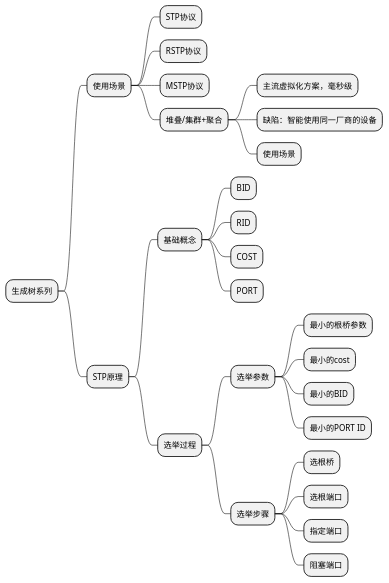
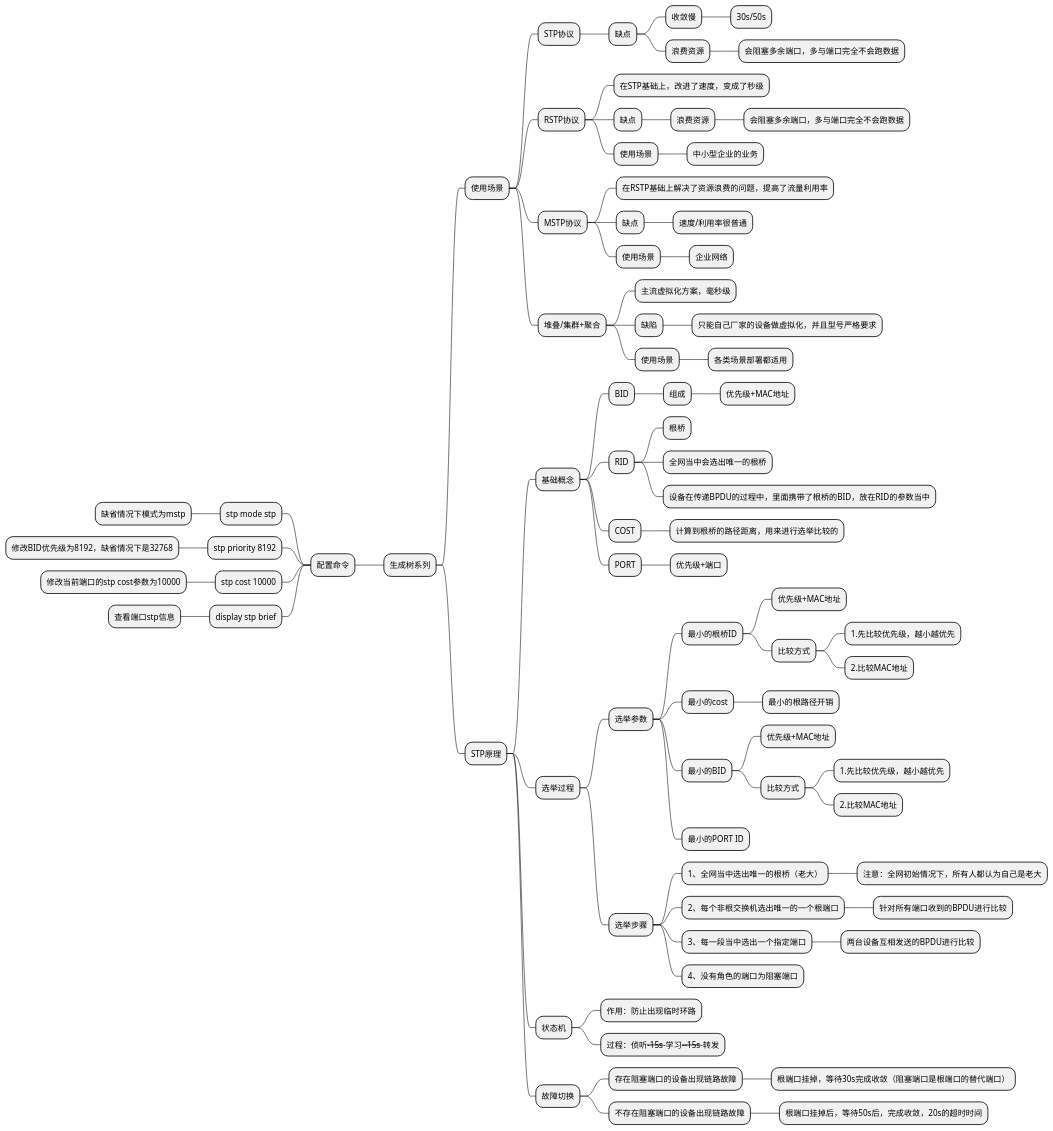
The diagram in markdown/markdown/网络/HCIP.md (wohtnaw/wohtnawmarkdown), drawn with PlantUML before and after one commit. The commit also changed other lines of this file, not shown here.

Commit message:
提交

````diff
--- a/markdown/markdown/网络/HCIP.md
+++ b/markdown/markdown/网络/HCIP.md
@@ -17,37 +5,128 @@
 @startmindmap
 
 right side
+
 + 生成树系列
 
 ++ 使用场景
 +++ STP协议
+
+++++ 缺点
++++++ 收敛慢
+++++++ 30s/50s
+
++++++ 浪费资源
+++++++ 会阻塞多余端口，多与端口完全不会跑数据
+
+
 +++ RSTP协议
+
+++++ 在STP基础上，改进了速度，变成了秒级
+
+++++ 缺点
++++++ 浪费资源
+++++++ 会阻塞多余端口，多与端口完全不会跑数据
+
+++++ 使用场景
++++++ 中小型企业的业务
+
+
 +++ MSTP协议
+
+++++ 在RSTP基础上解决了资源浪费的问题，提高了流量利用率
+
+++++ 缺点
++++++ 速度/利用率很普通
+
+++++ 使用场景
++++++ 企业网络
+
 +++ 堆叠/集群+聚合
 ++++ 主流虚拟化方案，毫秒级
-++++ 缺陷：智能使用同一厂商的设备
+
+++++ 缺陷
++++++ 只能自己厂家的设备做虚拟化，并且型号严格要求
+
+
 ++++ 使用场景
++++++ 各类场景部署都适用
+
 
 ++ STP原理
 +++ 基础概念
+
 ++++ BID
++++++ 组成
+++++++ 优先级+MAC地址
+
 ++++ RID
++++++ 根桥
++++++ 全网当中会选出唯一的根桥
++++++ 设备在传递BPDU的过程中，里面携带了根桥的BID，放在RID的参数当中
+
 ++++ COST
++++++ 计算到根桥的路径距离，用来进行选举比较的
+
+
 ++++ PORT
++++++ 优先级+端口
 
 +++ 选举过程
 ++++ 选举参数
-+++++ 最小的根桥参数
++++++ 最小的根桥ID
+++++++ 优先级+MAC地址
+++++++ 比较方式
++++++++ 1.先比较优先级，越小越优先
++++++++ 2.比较MAC地址
+
 +++++ 最小的cost
+++++++ 最小的根路径开销
+
 +++++ 最小的BID
+++++++ 优先级+MAC地址
+++++++ 比较方式
++++++++ 1.先比较优先级，越小越优先
++++++++ 2.比较MAC地址
+
 +++++ 最小的PORT ID
 
 ++++ 选举步骤
-+++++ 选根桥
-+++++ 选根端口
-+++++ 指定端口
-+++++ 阻塞端口
++++++ 1、全网当中选出唯一的根桥（老大）
+++++++ 注意：全网初始情况下，所有人都认为自己是老大
+
++++++ 2、每个非根交换机选出唯一的一个根端口
+++++++ 针对所有端口收到的BPDU进行比较
+
++++++ 3、每一段当中选出一个指定端口
+++++++ 两台设备互相发送的BPDU进行比较
+
++++++ 4、没有角色的端口为阻塞端口
+
++++ 状态机
+++++ 作用：防止出现临时环路
+++++ 过程：侦听---15s---学习----15s---转发
+
++++ 故障切换
+++++ 存在阻塞端口的设备出现链路故障
++++++ 根端口挂掉，等待30s完成收敛（阻塞端口是根端口的替代端口）
+
+++++ 不存在阻塞端口的设备出现链路故障
++++++ 根端口挂掉后，等待50s后，完成收敛，20s的超时时间
+
 left side
+
+-- 配置命令
+--- stp mode stp
+---- 缺省情况下模式为mstp
+
+--- stp priority 8192
+---- 修改BID优先级为8192，缺省情况下是32768
+
+--- stp cost 10000
+---- 修改当前端口的stp cost参数为10000
+
+--- display stp brief
+---- 查看端口stp信息
 
 @endmindmap
 ```
````
